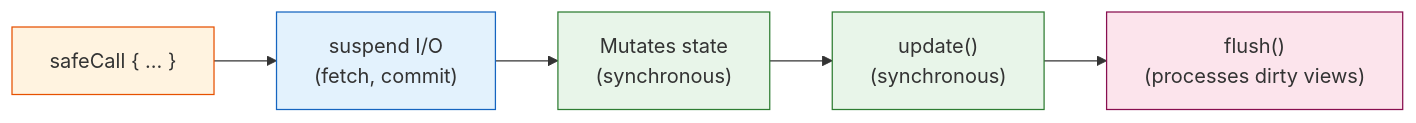
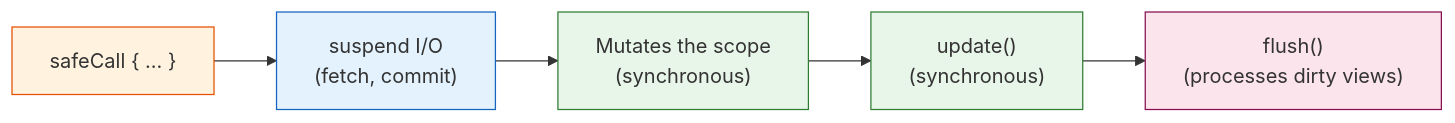
One commit to mrcdom/wdc-cube-kotlin changed diagram 17 of 19 in docs/architecture-cube.md. Above: the diagram before and after it, drawn with Mermaid. The commit also changed other lines of this file and 117 other files, not shown here.

````diff
--- a/docs/architecture-cube.md
+++ b/docs/architecture-cube.md
@@ -960,13 +962,13 @@
 ```mermaid
 flowchart LR
     A["safeCall { ... }"] --> B["suspend I/O\n(fetch, commit)"]
-    B --> C["Mutates state\n(synchronous)"]
+    B --> C["Mutates the scope\n(synchronous)"]
     C --> D["update()\n(synchronous)"]
     D --> E["flush()\n(processes dirty views)"]
 
     style A fill:#fff3e0,stroke:#e65100
     style B fill:#e3f2fd,stroke:#1565c0
     style C fill:#e8f5e9,stroke:#2e7d32
     style D fill:#e8f5e9,stroke:#2e7d32
     style E fill:#fce4ec,stroke:#880e4f
 ```
````
